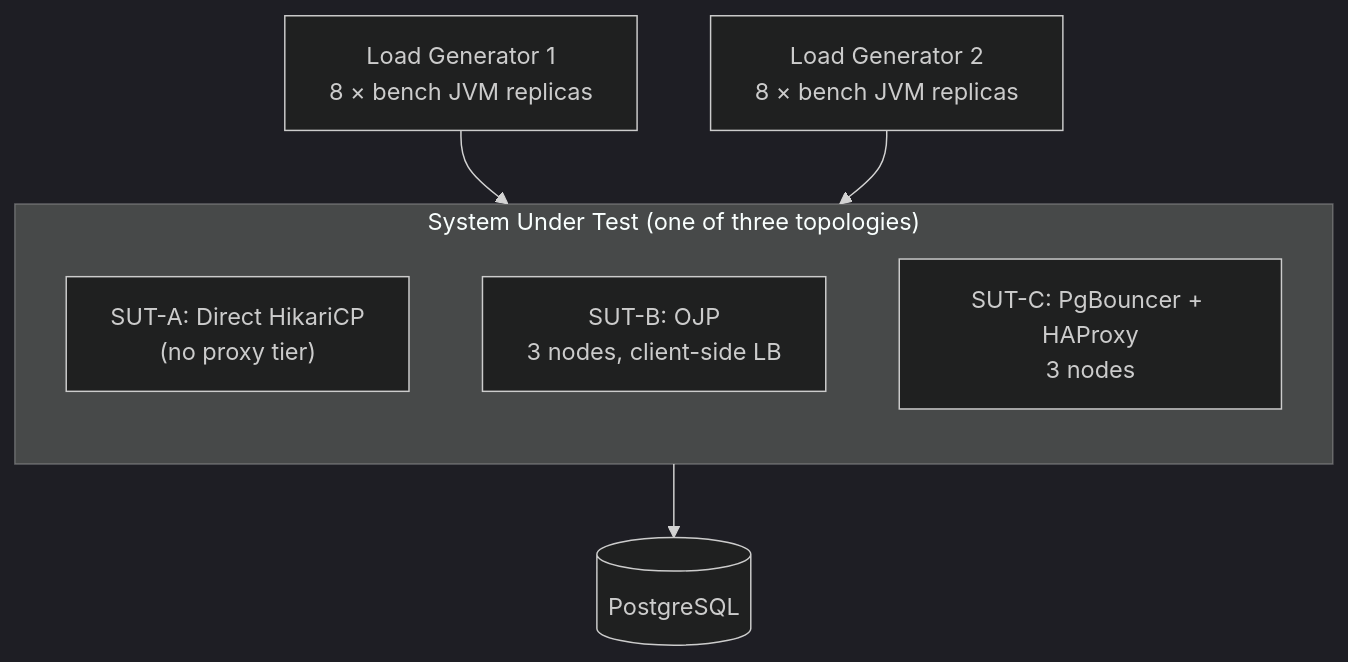
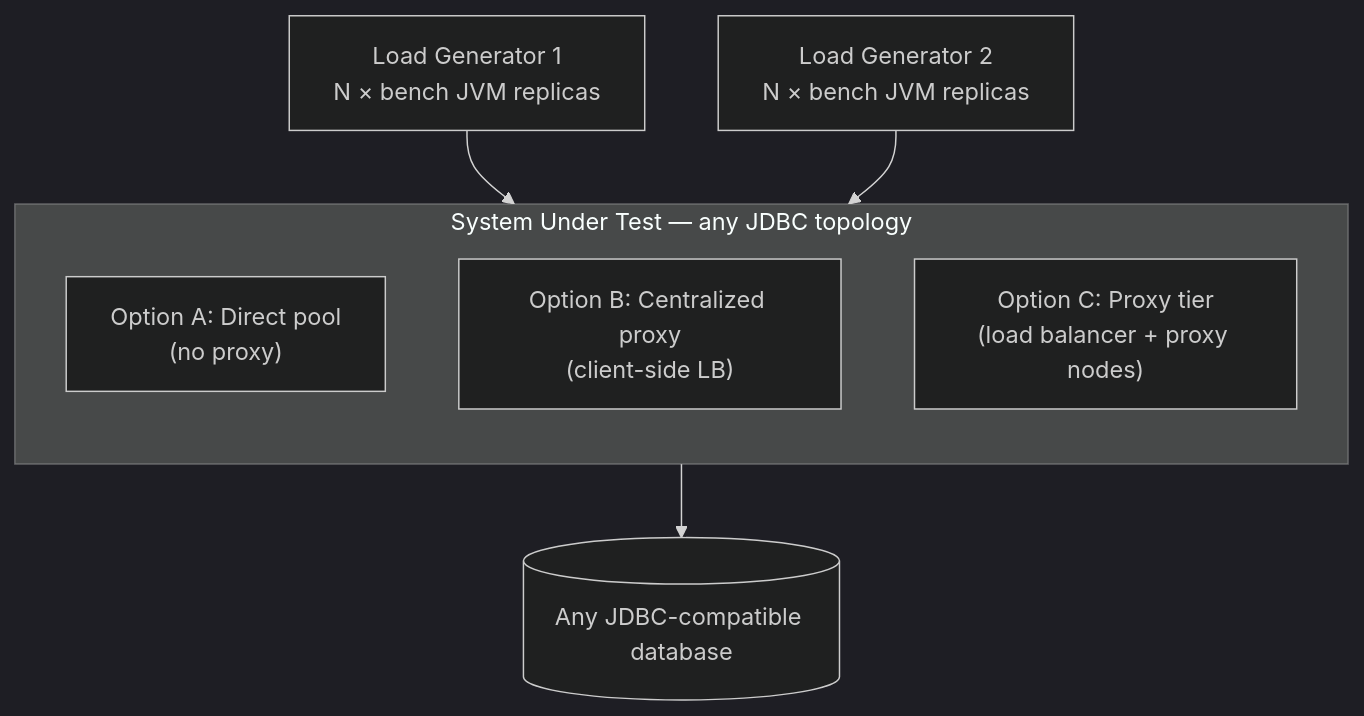
Before and after one commit to rrobetti/ojp-performance-tester-tool: the first of 3 diagrams in docs/article-introducing-stressar.md, drawn with Mermaid (dark theme). The commit also changed other lines of this file, not shown here.

Commit message:
docs: reframe article around JDBC, demote PostgreSQL to reference scenario

````diff
--- a/docs/article-introducing-stressar.md
+++ b/docs/article-introducing-stressar.md
@@ -23,18 +27,18 @@
 ```mermaid
 graph TD
-    LG1["Load Generator 1\n8 × bench JVM replicas"]
-    LG2["Load Generator 2\n8 × bench JVM replicas"]
+    LG1["Load Generator 1\nN × bench JVM replicas"]
+    LG2["Load Generator 2\nN × bench JVM replicas"]
 
-    subgraph SUT ["System Under Test (one of three topologies)"]
+    subgraph SUT ["System Under Test — any JDBC topology"]
         direction TB
-        A["SUT-A: Direct HikariCP\n(no proxy tier)"]
-        B["SUT-B: OJP\n3 nodes, client-side LB"]
-        C["SUT-C: PgBouncer + HAProxy\n3 nodes"]
+        A["Option A: Direct pool\n(no proxy)"]
+        B["Option B: Centralized proxy\n(client-side LB)"]
+        C["Option C: Proxy tier\n(load balancer + proxy nodes)"]
     end
 
-    DB[("PostgreSQL")]
+    DB[("Any JDBC-compatible database")]
 
     LG1 --> SUT
     LG2 --> SUT
     SUT --> DB
 ```
````
